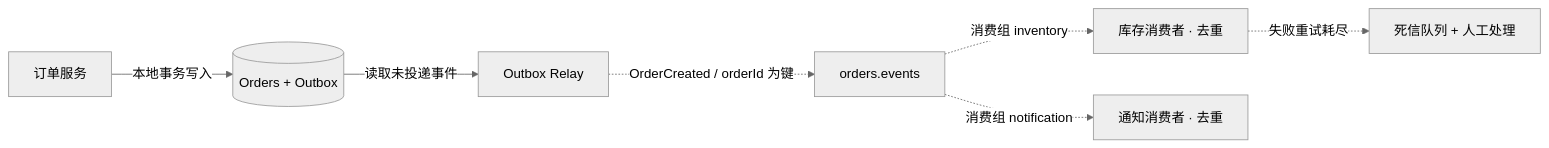
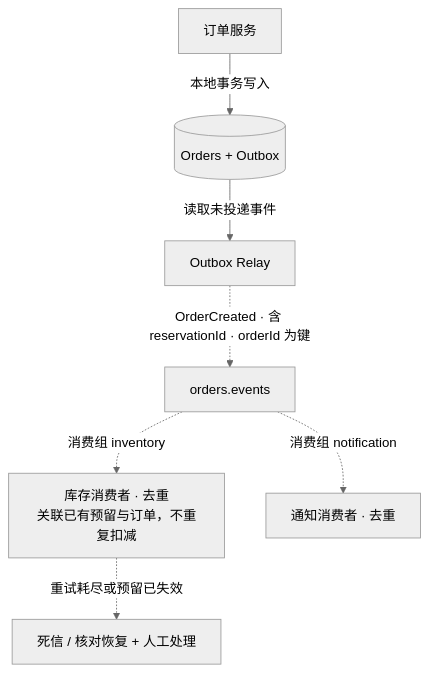
Before and after one commit to wxquare/wxquare.github.io: the diagram in source/diagrams/07-engineering-diagrams-ai-workflow/13-event-topology.mmd, drawn with Mermaid (neutral theme). The commit also changed 12 other files, not shown here.

Commit message:
docs: refine engineering diagrams article

```diff
--- a/source/diagrams/07-engineering-diagrams-ai-workflow/13-event-topology.mmd
+++ b/source/diagrams/07-engineering-diagrams-ai-workflow/13-event-topology.mmd
@@ -1,7 +1,7 @@
-flowchart LR
+flowchart TB
   O["订单服务"] -->|本地事务写入| DB[("Orders + Outbox")]
   DB -->|读取未投递事件| R["Outbox Relay"]
-  R -.->|OrderCreated / orderId 为键| T["orders.events"]
-  T -.->|消费组 inventory| I["库存消费者 · 去重"]
+  R -.->|OrderCreated · 含 reservationId · orderId 为键| T["orders.events"]
+  T -.->|消费组 inventory| I["库存消费者 · 去重<br/>关联已有预留与订单，不重复扣减"]
   T -.->|消费组 notification| N["通知消费者 · 去重"]
-  I -.->|失败重试耗尽| D["死信队列 + 人工处理"]
+  I -.->|重试耗尽或预留已失效| D["死信 / 核对恢复 + 人工处理"]
```
